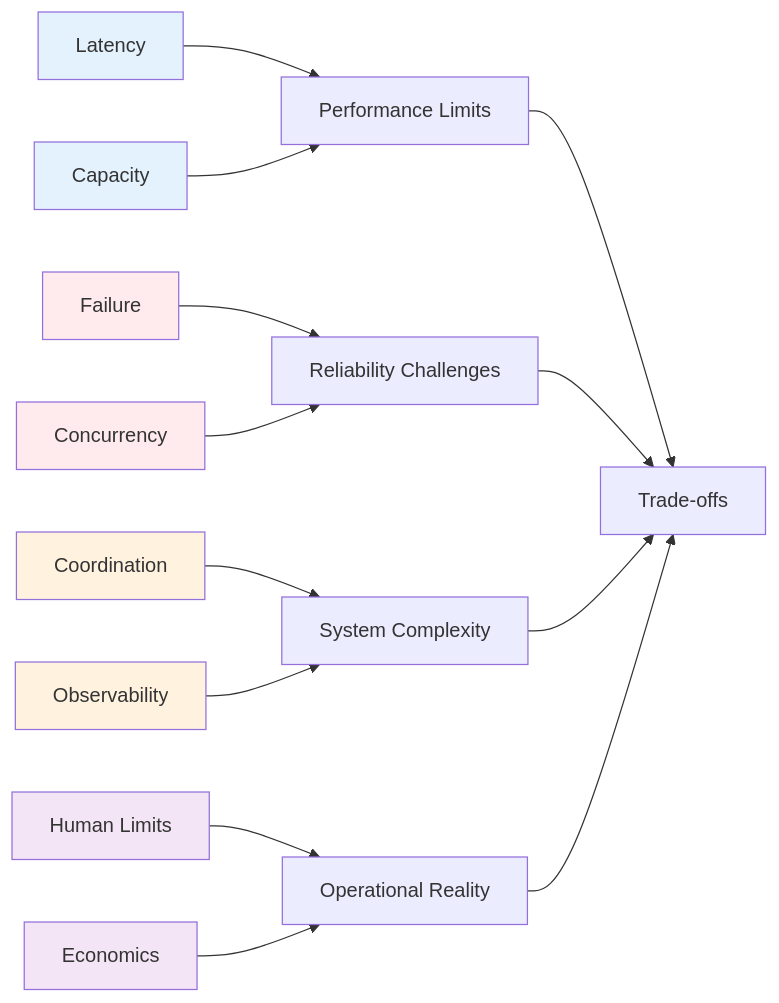
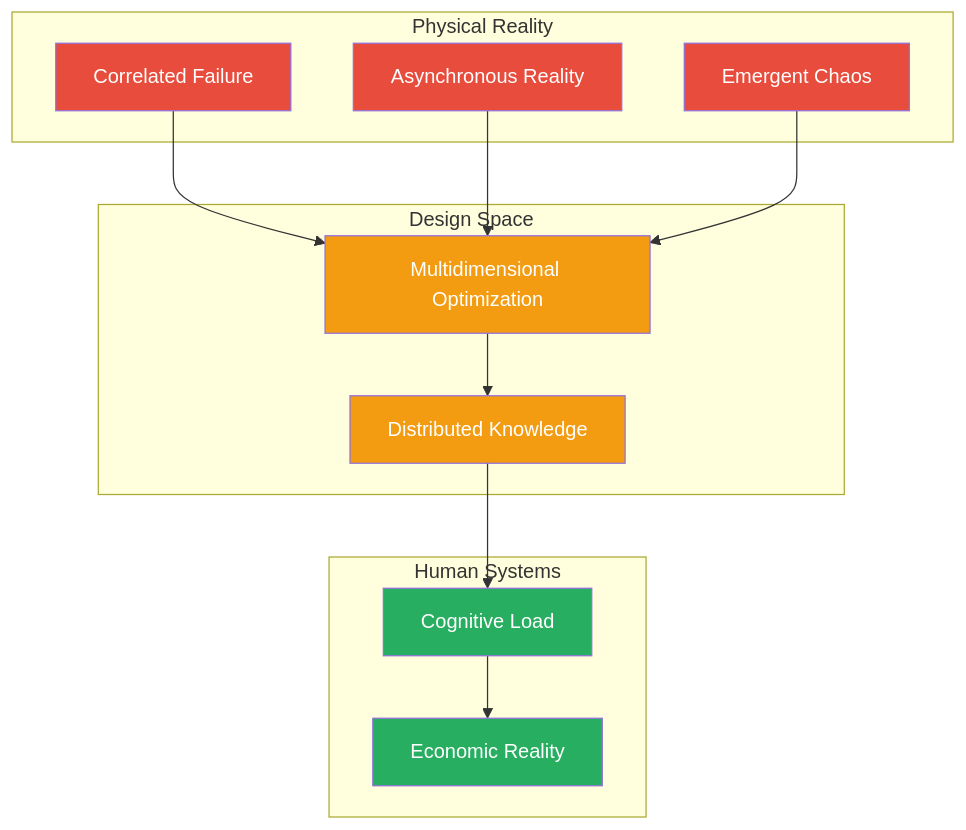
One commit to deepaucksharma/DStudio changed the diagram in docs/axioms/index.md. Above: the diagram before and after it, drawn with Mermaid. The commit also changed other lines of this file and 103 other files, not shown here.

````diff
--- a/docs/axioms/index.md
+++ b/docs/axioms/index.md
@@ -145,28 +143,31 @@
 ```mermaid
-graph LR
-    A1[Latency] --> C[Performance Limits]
-    A2[Capacity] --> C
+graph TD
+    subgraph "Physical Reality"
+        L1[Correlated Failure]
+        L2[Asynchronous Reality]
+        L3[Emergent Chaos]
+    end
     
-    A3[Failure] --> R[Reliability Challenges]
-    A4[Concurrency] --> R
+    subgraph "Design Space"
+        L4[Multidimensional Optimization]
+        L5[Distributed Knowledge]
+    end
     
-    A5[Coordination] --> S[System Complexity]
-    A6[Observability] --> S
+    subgraph "Human Systems"
+        L6[Cognitive Load]
+        L7[Economic Reality]
+    end
     
-    A7[Human Limits] --> O[Operational Reality]
-    A8[Economics] --> O
+    L1 & L2 & L3 --> L4
+    L4 --> L5
+    L5 --> L6
+    L6 --> L7
     
-    C --> T[Trade-offs]
-    R --> T
-    S --> T
-    O --> T
-    
-    style A1 fill:#e3f2fd
-    style A2 fill:#e3f2fd
-    style A3 fill:#ffebee
-    style A4 fill:#ffebee
-    style A5 fill:#fff3e0
-    style A6 fill:#fff3e0
-    style A7 fill:#f3e5f5
-    style A8 fill:#f3e5f5
+    style L1 fill:#e74c3c,color:#fff
+    style L2 fill:#e74c3c,color:#fff
+    style L3 fill:#e74c3c,color:#fff
+    style L4 fill:#f39c12,color:#fff
+    style L5 fill:#f39c12,color:#fff
+    style L6 fill:#27ae60,color:#fff
+    style L7 fill:#27ae60,color:#fff
 ```
````
